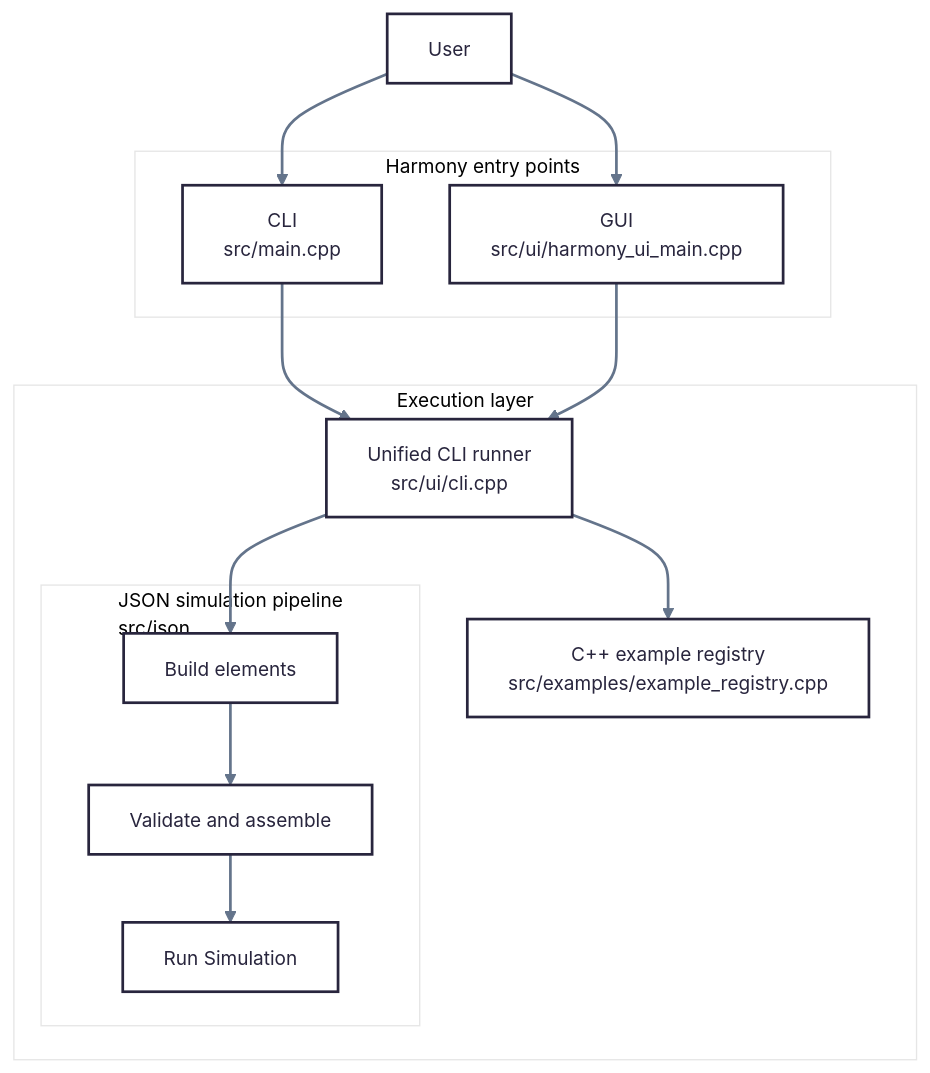
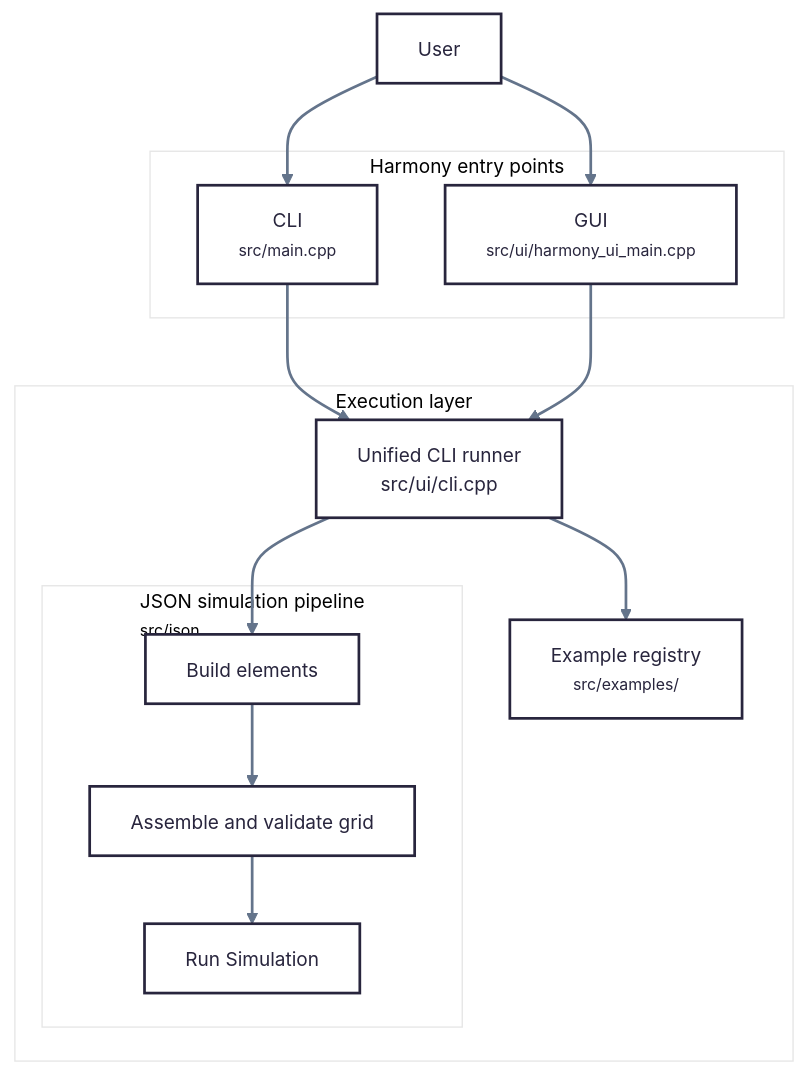
One commit to yiquintero/tmp changed the diagram in architecture.md. Above: the diagram before and after it, drawn with Mermaid.

Commit message:
Refactor architecture diagram for clarity

````diff
--- a/architecture.md
+++ b/architecture.md
@@ -2,29 +2,29 @@
 ```mermaid
 ---
 config:
   theme: redux-color
   themeVariables:
     lineColor: '#64748B'
 ---
 flowchart
- subgraph ENTRY["Harmony entry points"]
-        CLI["CLI<br>src/main.cpp"]
-        GUI["GUI<br>src/ui/harmony_ui_main.cpp"]
+  subgraph ENTRY["Harmony entry points"]
+    CLI["CLI<br><small>src/main.cpp</small>"]
+    GUI["GUI<br><small>src/ui/harmony_ui_main.cpp</small>"]
   end
- subgraph JSONPIPE["JSON simulation pipeline<br>src/json"]
-        J1["Build elements"]
-        J2["Validate and assemble"]
-        J3["Run Simulation"]
+  subgraph RUN["Execution layer"]
+    RUNNER["Unified CLI runner<br>src/ui/cli.cpp"]
+    CPPREG["Example registry<br><small>src/examples/</small>"]
+    JSONPIPE
   end
- subgraph RUN["Execution layer"]
-        RUNNER["Unified CLI runner<br>src/ui/cli.cpp"]
-        CPPREG["C++ example registry<br>src/examples/example_registry.cpp"]
-        JSONPIPE
+  subgraph JSONPIPE["JSON simulation pipeline<br><small>src/json</small>"]
+    J1["Build elements"]
+    J2["Assemble and validate grid"]
+    J3["Run Simulation"]
   end
-    J1 --> J2
-    J2 --> J3
-    USER["User"] --> CLI & GUI
-    CLI --> RUNNER
-    GUI --> RUNNER
-    RUNNER --> CPPREG & J1
+  J1 --> J2
+  J2 --> J3
+  USER["User"] --> CLI & GUI
+  CLI --> RUNNER
+  GUI --> RUNNER
+  RUNNER --> CPPREG & J1
 ```
````
